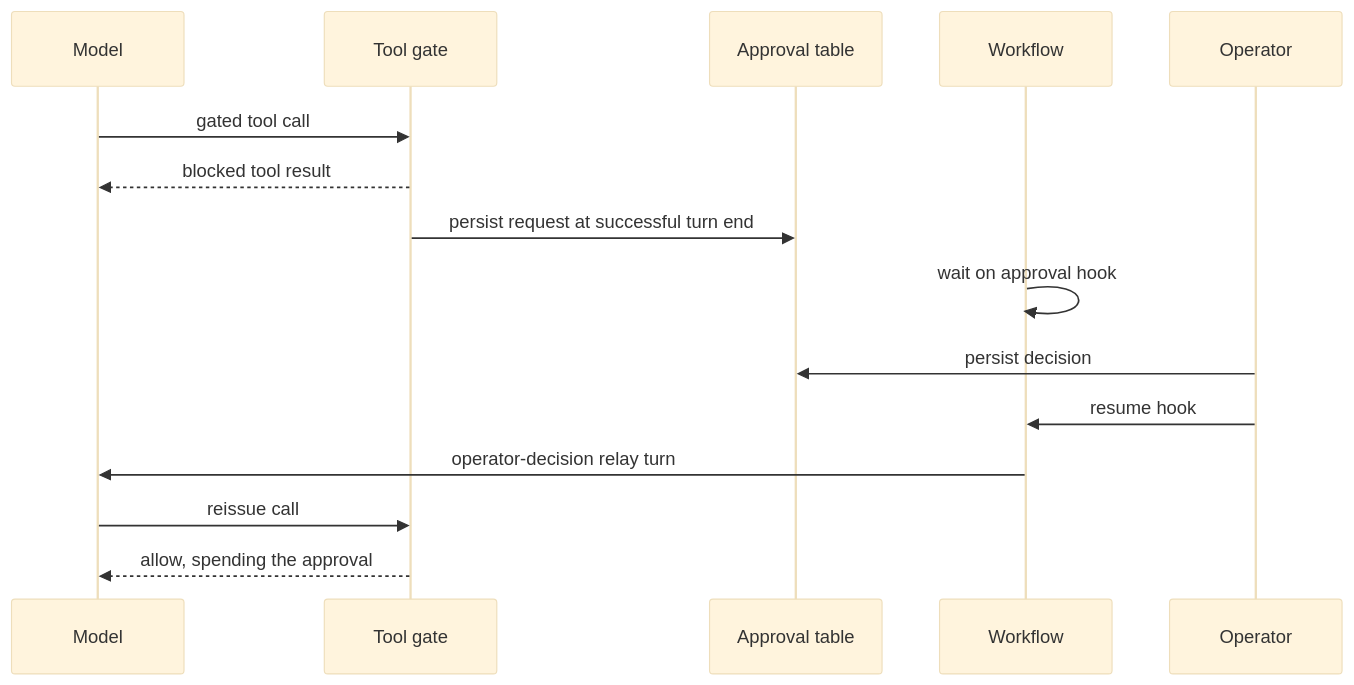
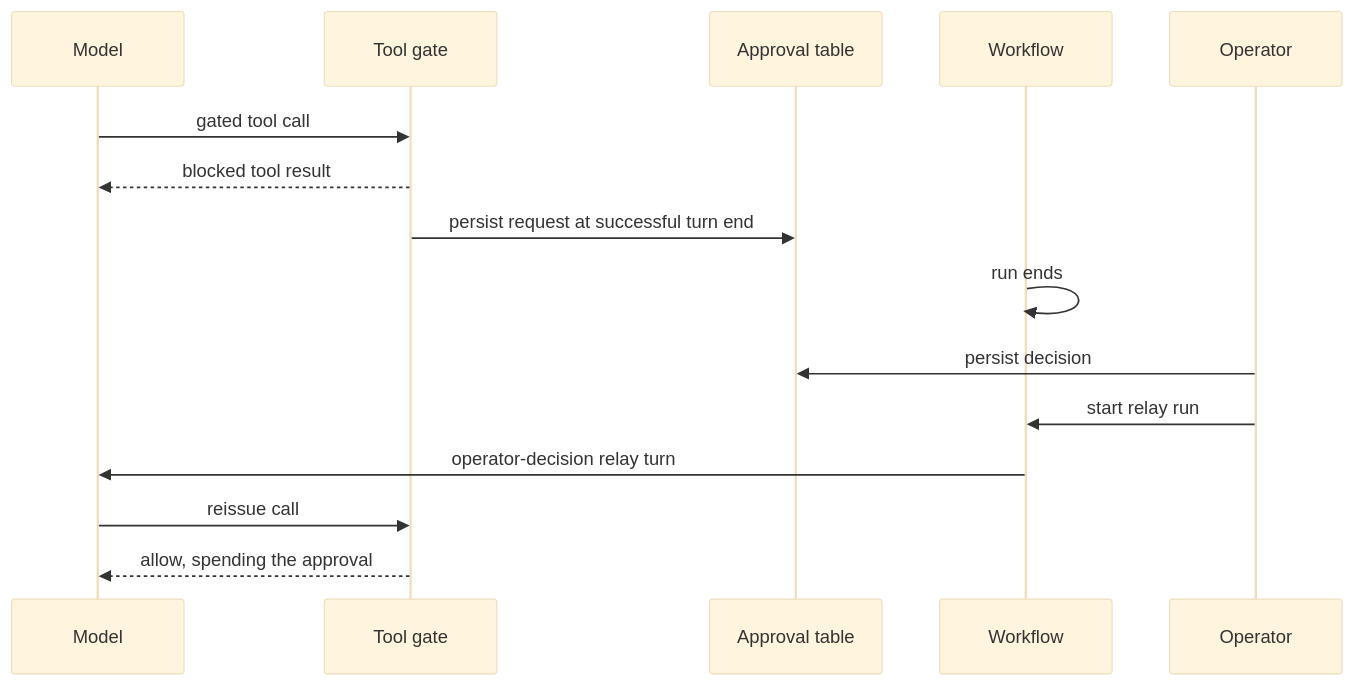
One commit to Chia1104/chia1104.dev changed the third of 3 diagrams in docs/agent-architecture.md. Above: the diagram before and after it, drawn with Mermaid (base theme). The commit also changed other lines of this file and 22 other files, not shown here.

````diff
--- a/docs/agent-architecture.md
+++ b/docs/agent-architecture.md
@@ -187,18 +181,18 @@
 ```mermaid
 sequenceDiagram
     participant M as Model
     participant G as Tool gate
     participant DB as Approval table
     participant WF as Workflow
     participant U as Operator
 
     M->>G: gated tool call
     G-->>M: blocked tool result
     G->>DB: persist request at successful turn end
-    WF->>WF: wait on approval hook
+    WF->>WF: run ends
     U->>DB: persist decision
-    U->>WF: resume hook
+    U->>WF: start relay run
     WF->>M: operator-decision relay turn
     M->>G: reissue call
     G-->>M: allow, spending the approval
 ```
````
